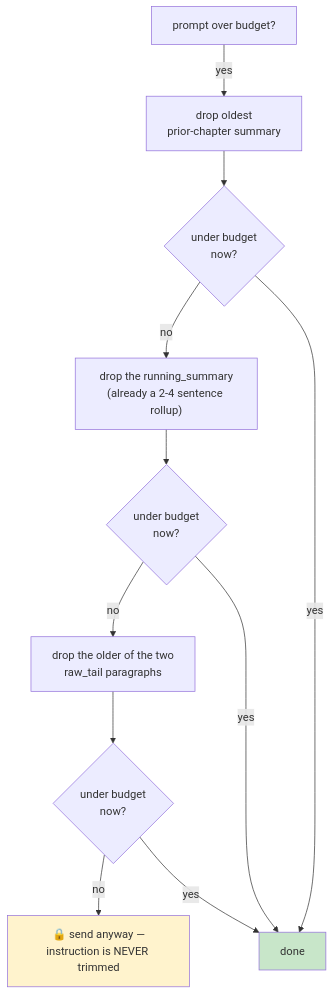
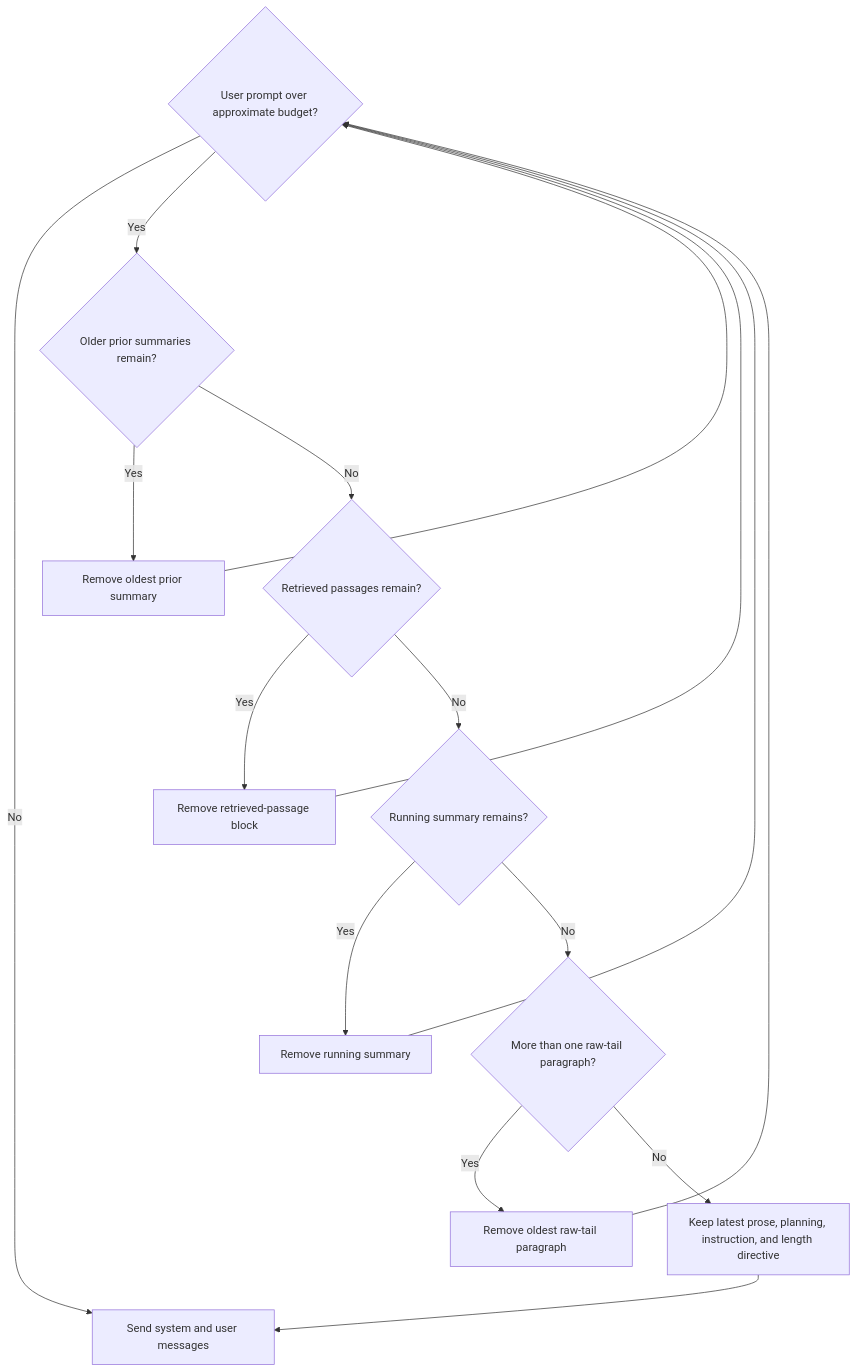
Diagram 12 of 13 in README.md (shivansh-2003/Story), drawn with Mermaid before and after one commit. The commit also changed other lines of this file and 57 other files, not shown here.

````diff
--- a/README.md
+++ b/README.md
@@ -235,15 +410,19 @@
 ```mermaid
 flowchart TD
-    Start["prompt over budget?"] -->|yes| D1["drop oldest\nprior-chapter summary"]
-    D1 --> C1{"under budget\nnow?"}
-    C1 -->|no| D2["drop the running_summary\n(already a 2-4 sentence rollup)"]
-    D2 --> C2{"under budget\nnow?"}
-    C2 -->|no| D3["drop the older of the two\nraw_tail paragraphs"]
-    D3 --> C3{"under budget\nnow?"}
-    C3 -->|no| Send["🔒 send anyway —\ninstruction is NEVER trimmed"]
-    C1 -->|yes| Done["done"]
-    C2 -->|yes| Done
-    C3 -->|yes| Done
-    style Send fill:#fff3cd
-    style Done fill:#c8e6c9
+    Budget{"User prompt over approximate budget?"}
+    Budget -->|No| Send["Send system and user messages"]
+    Budget -->|Yes| Prior{"Older prior summaries remain?"}
+    Prior -->|Yes| DropPrior["Remove oldest prior summary"]
+    DropPrior --> Budget
+    Prior -->|No| Retrieved{"Retrieved passages remain?"}
+    Retrieved -->|Yes| DropRetrieved["Remove retrieved-passage block"]
+    DropRetrieved --> Budget
+    Retrieved -->|No| Summary{"Running summary remains?"}
+    Summary -->|Yes| DropSummary["Remove running summary"]
+    DropSummary --> Budget
+    Summary -->|No| Tail{"More than one raw-tail paragraph?"}
+    Tail -->|Yes| DropTail["Remove oldest raw-tail paragraph"]
+    DropTail --> Budget
+    Tail -->|No| Preserve["Keep latest prose, planning, instruction, and length directive"]
+    Preserve --> Send
 ```
````
